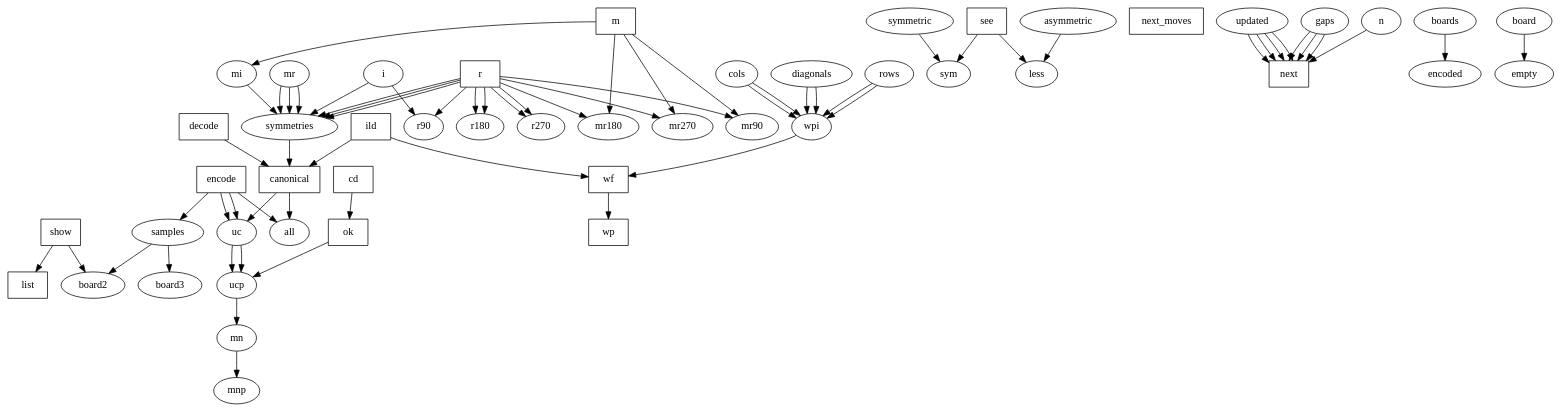
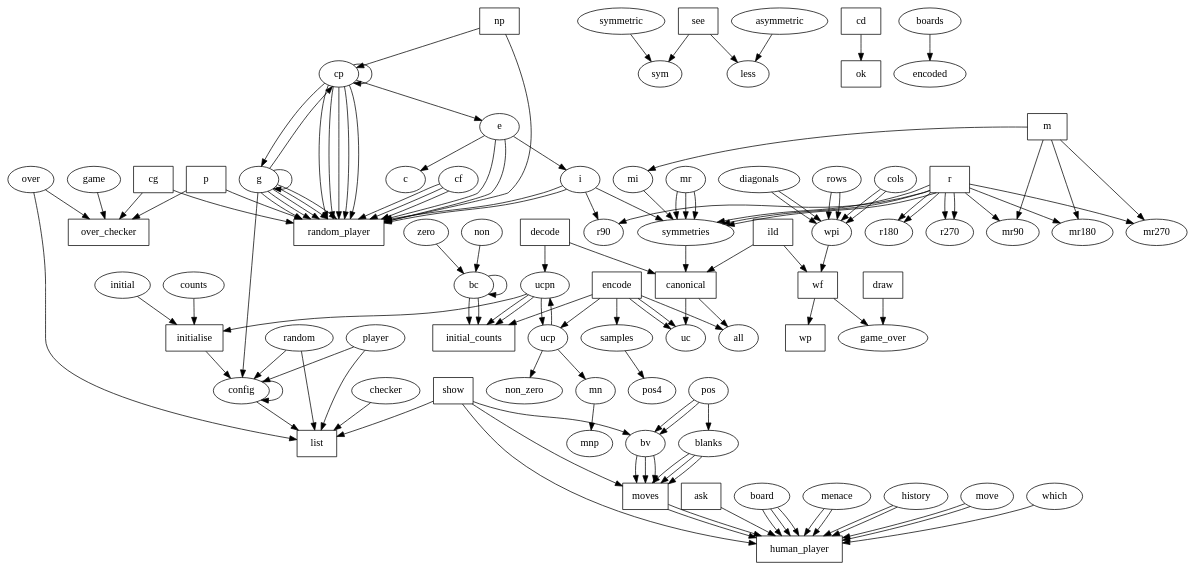
One commit to romilly/o-x-o changed the diagram in data/calls.dot. Above: the diagram before and after it, drawn with Graphviz. The commit also changed 9 other files, not shown here.

```diff
--- a/data/calls.dot
+++ b/data/calls.dot
@@ -1,80 +1,160 @@
 digraph defs {
 show [shape=box]
 encode [shape=box]
 decode [shape=box]
 list [shape=box]
 m [shape=box]
 r [shape=box]
 see [shape=box]
 canonical [shape=box]
 ild [shape=box]
 cd [shape=box]
 ok [shape=box]
 wf [shape=box]
 wp [shape=box]
-next_moves [shape=box]
-next [shape=box]
+moves [shape=box]
+np [shape=box]
+cg [shape=box]
+p [shape=box]
+random_player [shape=box]
+draw [shape=box]
+over_checker [shape=box]
+human_player [shape=box]
+ask [shape=box]
+initial_counts [shape=box]
+initialise [shape=box]
 show -> list;
 decode -> canonical;
 symmetries -> canonical;
 ild -> canonical;
 cd -> ok;
 wpi -> wf;
 ild -> wf;
 wf -> wp;
-updated -> next;
-gaps -> next;
-updated -> next;
-updated -> next;
-gaps -> next;
-n -> next;
-gaps -> next;
-updated -> next;
+blanks -> moves;
+bv -> moves;
+show -> moves;
+bv -> moves;
+blanks -> moves;
+blanks -> moves;
+bv -> moves;
+cf -> random_player;
+g -> random_player;
+cg -> random_player;
+cp -> random_player;
+p -> random_player;
+g -> random_player;
+i -> random_player;
+e -> random_player;
+cp -> random_player;
+cp -> random_player;
+i -> random_player;
+e -> random_player;
+np -> random_player;
+cp -> random_player;
+g -> random_player;
+g -> random_player;
+cp -> random_player;
+cf -> random_player;
+g -> random_player;
+cf -> random_player;
+game -> over_checker;
+over -> over_checker;
+p -> over_checker;
+cg -> over_checker;
+board -> human_player;
+moves -> human_player;
+menace -> human_player;
+history -> human_player;
+show -> human_player;
+board -> human_player;
+move -> human_player;
+ask -> human_player;
+which -> human_player;
+move -> human_player;
+board -> human_player;
+moves -> human_player;
+menace -> human_player;
+history -> human_player;
+bc -> initial_counts;
+ucpn -> initial_counts;
+bc -> initial_counts;
+encode -> initial_counts;
+ucpn -> initial_counts;
+ucpn -> initialise;
+initial -> initialise;
+counts -> initialise;
 boards -> encoded;
+e -> i;
 r -> r90;
 i -> r90;
 r -> r180;
 r -> r180;
 r -> r270;
 r -> r270;
 m -> mi;
 m -> mr90;
 r -> mr90;
 m -> mr180;
 r -> mr180;
 m -> mr270;
 r -> mr270;
 i -> symmetries;
 r -> symmetries;
 r -> symmetries;
 r -> symmetries;
 mi -> symmetries;
 mr -> symmetries;
 mr -> symmetries;
 mr -> symmetries;
 see -> sym;
 symmetric -> sym;
 see -> less;
 asymmetric -> less;
 canonical -> all;
 encode -> all;
 encode -> samples;
 encode -> uc;
 canonical -> uc;
 encode -> uc;
-uc -> ucp;
-ok -> ucp;
-uc -> ucp;
+encode -> ucp;
+ucpn -> ucp;
 ucp -> mn;
 mn -> mnp;
+decode -> ucpn;
+ucp -> ucpn;
 rows -> wpi;
 cols -> wpi;
 diagonals -> wpi;
 rows -> wpi;
 cols -> wpi;
 diagonals -> wpi;
-show -> board2;
-samples -> board2;
-board -> empty;
-samples -> board3;
+samples -> pos4;
+pos -> blanks;
+show -> bv;
+pos -> bv;
+pos -> bv;
+initialise -> config;
+g -> g;
+cp -> g;
+g -> cp;
+cp -> e;
+e -> c;
+np -> cp;
+cp -> cp;
+g -> config;
+random -> config;
+player -> config;
+config -> config;
+wf -> game_over;
+draw -> game_over;
+random -> list config;
+player -> list config;
+over -> list config;
+checker -> list config;
+config -> list config;
+bc -> bc;
+non -> bc;
+zero -> bc;
+ucp -> non_zero;
 }
```
